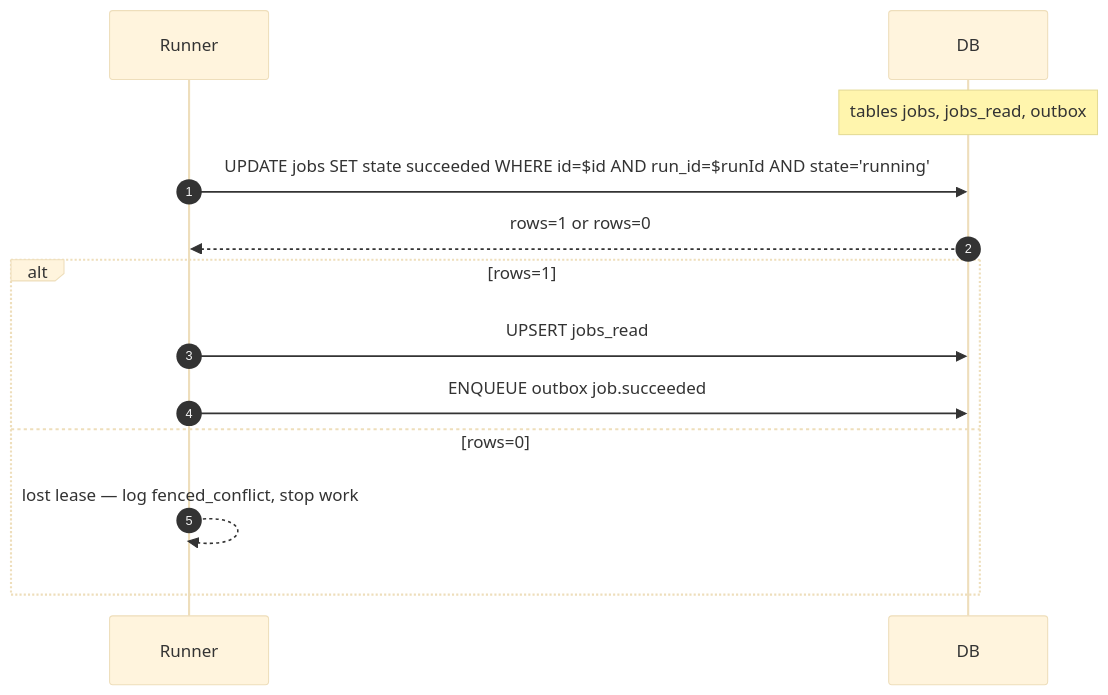
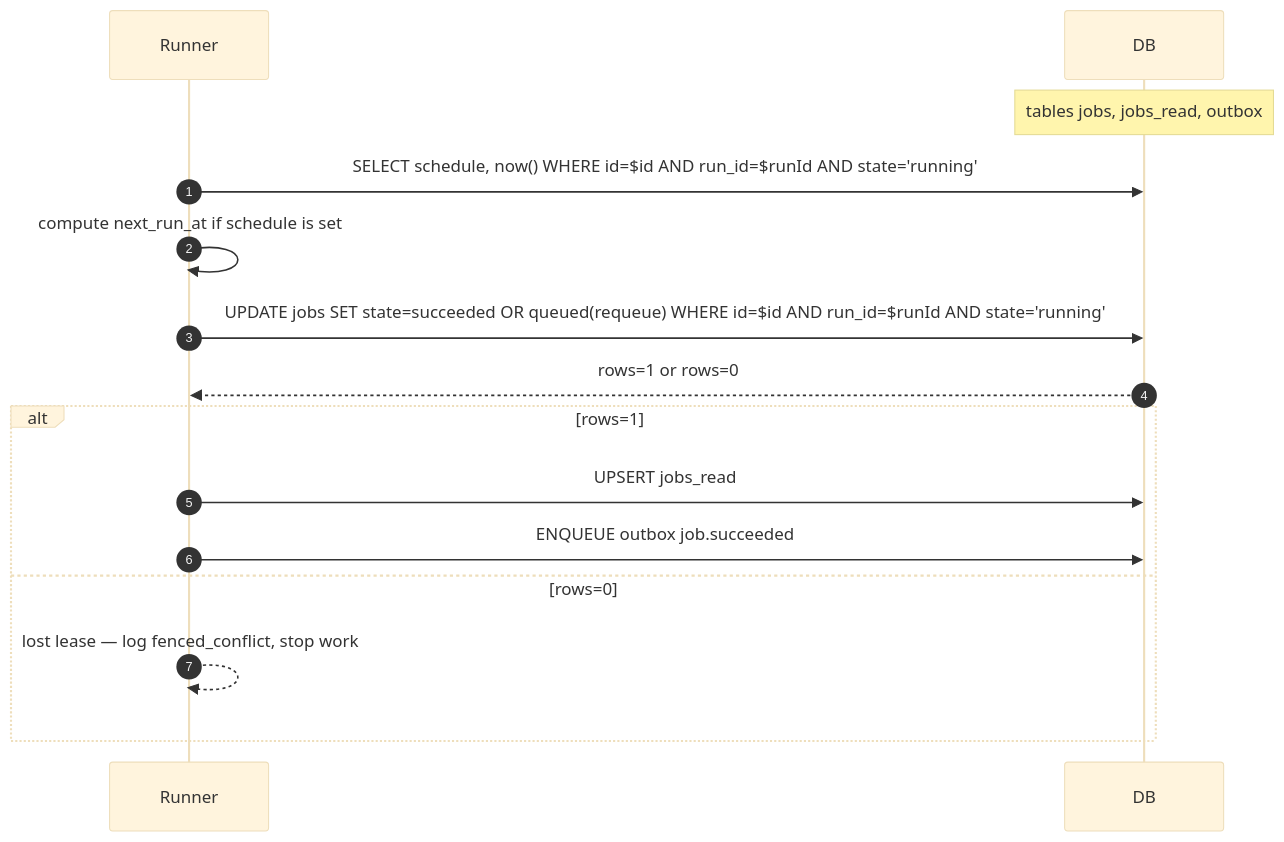
One commit to gatblau/release-engine changed the third of 4 diagrams in docs/design/d05.md. Above: the diagram before and after it, drawn with Mermaid (base theme). The commit also changed other lines of this file and 26 other files, not shown here.

Commit message:
add ability to schedule jobs on a recurrent basis

````diff
--- a/docs/design/d05.md
+++ b/docs/design/d05.md
@@ -114,16 +139,18 @@
 ```mermaid
 sequenceDiagram
   autonumber
   participant Runner
   participant DB
   Note over DB: tables jobs, jobs_read, outbox
 
-  Runner->>DB: UPDATE jobs SET state succeeded WHERE id=$id AND run_id=$runId AND state='running'
+  Runner->>DB: SELECT schedule, now() WHERE id=$id AND run_id=$runId AND state='running'
+  Runner->>Runner: compute next_run_at if schedule is set
+  Runner->>DB: UPDATE jobs SET state=succeeded OR queued(requeue) WHERE id=$id AND run_id=$runId AND state='running'
   DB-->>Runner: rows=1 or rows=0
   alt rows=1
     Runner->>DB: UPSERT jobs_read
     Runner->>DB: ENQUEUE outbox job.succeeded
   else rows=0
     Runner-->>Runner: lost lease — log fenced_conflict, stop work
   end
 ```
````
